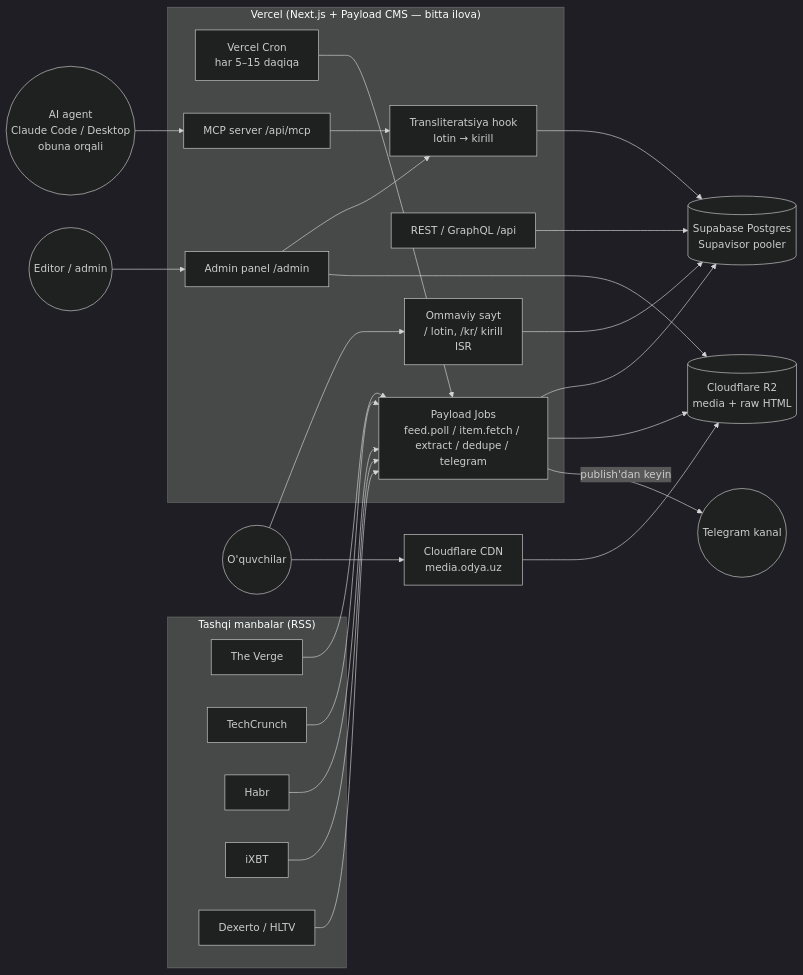
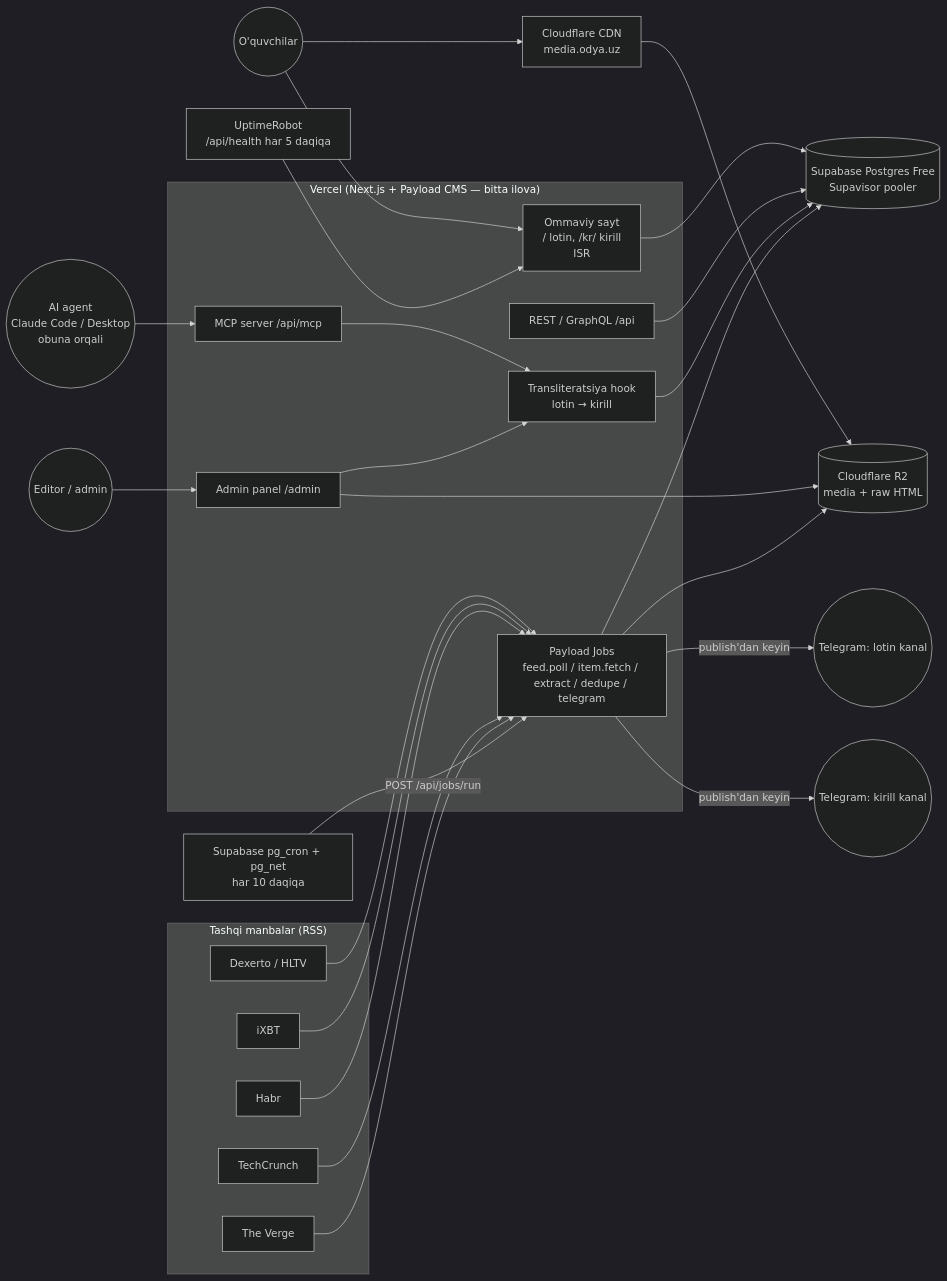
Before and after one commit to Odya-LLC/blog_odya: the first of 3 diagrams in docs/TZ.md, drawn with Mermaid (dark theme). The commit also changed other lines of this file and 4 other files, not shown here.

````diff
--- a/docs/TZ.md
+++ b/docs/TZ.md
@@ -163,42 +165,46 @@
 ```mermaid
 flowchart LR
     subgraph Sources["Tashqi manbalar (RSS)"]
         S1[The Verge]
         S2[TechCrunch]
         S3[Habr]
         S4[iXBT]
         S5[Dexerto / HLTV]
     end
 
     subgraph Vercel["Vercel (Next.js + Payload CMS — bitta ilova)"]
-        CRON[Vercel Cron<br/>har 5–15 daqiqa]
         JOBS[Payload Jobs<br/>feed.poll / item.fetch / extract / dedupe / telegram]
         ADMIN[Admin panel /admin]
         REST[REST / GraphQL /api]
         MCP[MCP server /api/mcp]
         SITE[Ommaviy sayt<br/>/ lotin, /kr/ kirill<br/>ISR]
         TR[Transliteratsiya hook<br/>lotin → kirill]
     end
 
-    PG[(Supabase Postgres<br/>Supavisor pooler)]
+    PG[(Supabase Postgres Free<br/>Supavisor pooler)]
+    CRON[Supabase pg_cron + pg_net<br/>har 10 daqiqa]
+    UPT[UptimeRobot<br/>/api/health har 5 daqiqa]
     R2[(Cloudflare R2<br/>media + raw HTML)]
     CFM[Cloudflare CDN<br/>media.odya.uz]
-    TGC((Telegram kanal))
+    TGC((Telegram: lotin kanal))
+    TGK((Telegram: kirill kanal))
     READERS((O'quvchilar))
     EDITOR((Editor / admin))
     AGENT((AI agent<br/>Claude Code / Desktop<br/>obuna orqali))
 
-    CRON --> JOBS
+    CRON -- "POST /api/jobs/run" --> JOBS
+    UPT --> SITE
     S1 & S2 & S3 & S4 & S5 --> JOBS
     JOBS --> PG
     JOBS --> R2
     JOBS -- "publish'dan keyin" --> TGC
+    JOBS -- "publish'dan keyin" --> TGK
     ADMIN --> TR --> PG
     MCP --> TR
     REST --> PG
     EDITOR --> ADMIN
     AGENT --> MCP
     ADMIN --> R2
     READERS --> SITE --> PG
     READERS --> CFM --> R2
 ```
````
